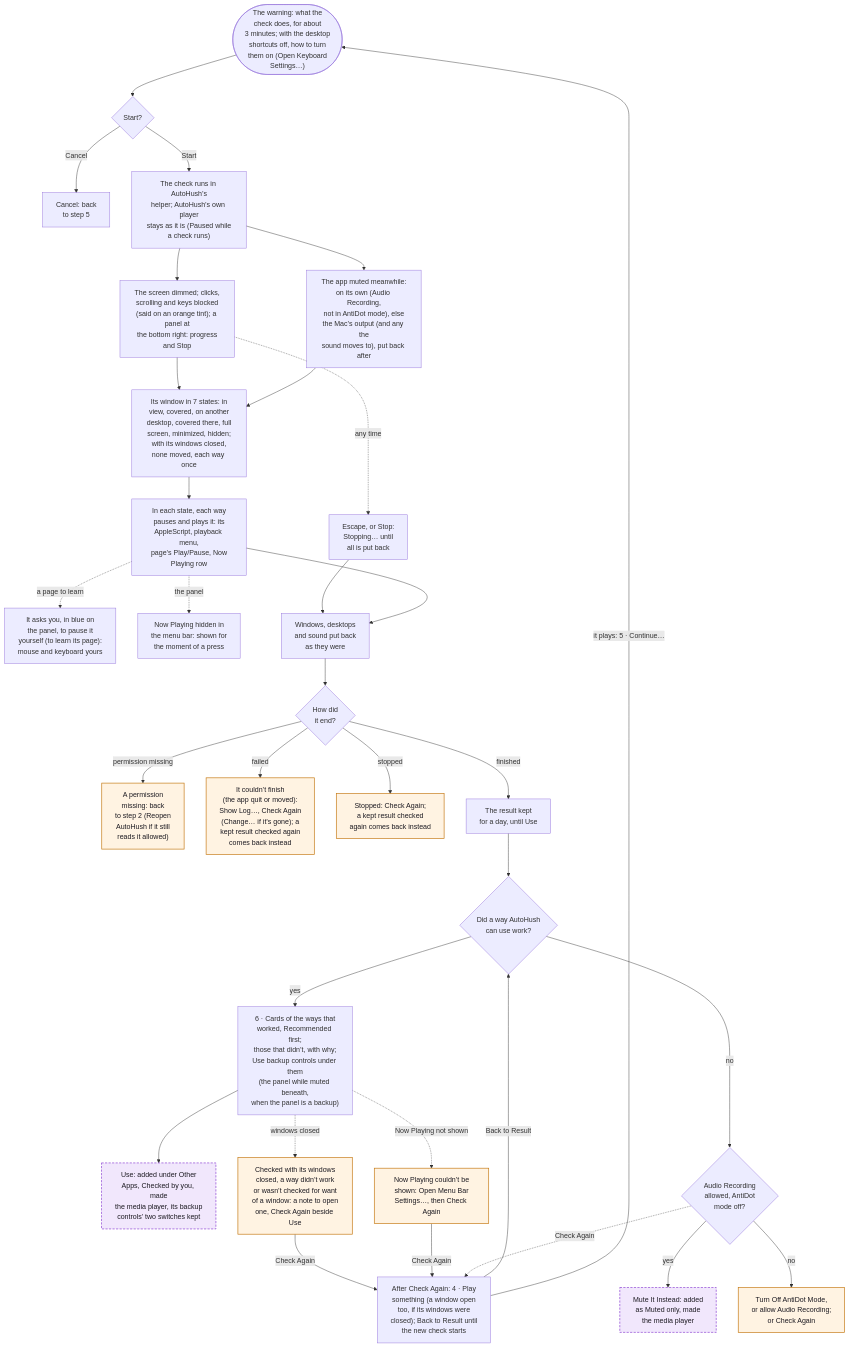
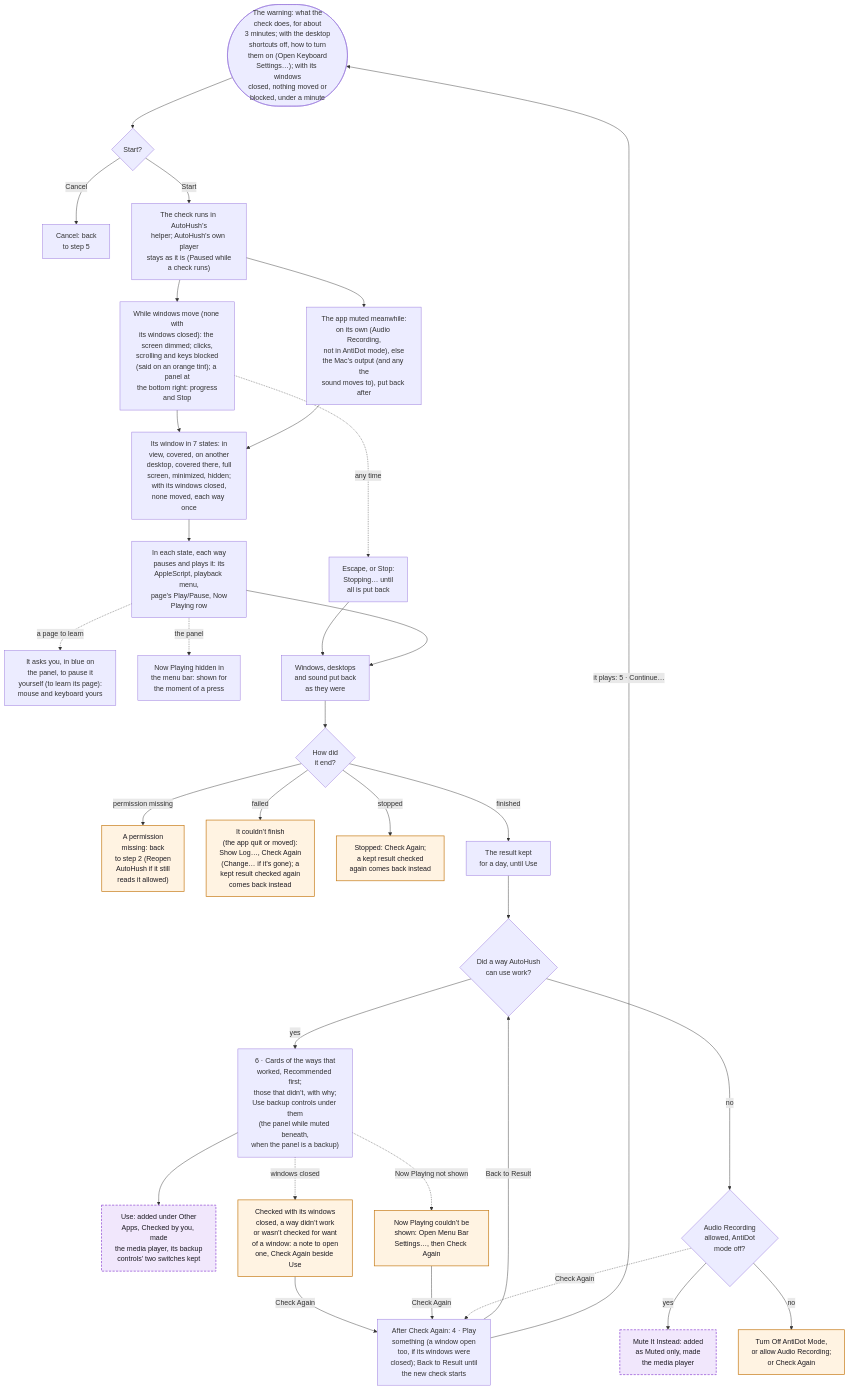
Before and after one commit to hfustercabre/AutoHush: the tenth of 14 diagrams in WORKFLOWS.md, drawn with Mermaid. The commit also changed other lines of this file and 46 other files, not shown here.

First line of the commit message:
fix: the 1.3.0 review's fixes: Check Again on your player, clearer cards and warnings, updates, keys

````diff
--- a/WORKFLOWS.md
+++ b/WORKFLOWS.md
@@ -556,64 +557,64 @@
 ```mermaid
 flowchart TD
-  WARN(["The warning: what the<br/>check does, for about<br/>3 minutes; with the desktop<br/>shortcuts off, how to turn<br/>them on (Open Keyboard<br/>Settings…)"])
+  WARN(["The warning: what the<br/>check does, for about<br/>3 minutes; with the desktop<br/>shortcuts off, how to turn<br/>them on (Open Keyboard<br/>Settings…); with its windows<br/>closed, nothing moved or<br/>blocked, under a minute"])
   GO{"Start?"}
   BACK["Cancel: back<br/>to step 5"]
   RUN["The check runs in AutoHush’s<br/>helper; AutoHush’s own player<br/>stays as it is (Paused while<br/>a check runs)"]
-  BLOCK["The screen dimmed; clicks,<br/>scrolling and keys blocked<br/>(said on an orange tint); a panel at<br/>the bottom right: progress<br/>and Stop"]
+  BLOCK["While windows move (none with<br/>its windows closed): the screen dimmed; clicks,<br/>scrolling and keys blocked<br/>(said on an orange tint); a panel at<br/>the bottom right: progress<br/>and Stop"]
   MUTE["The app muted meanwhile:<br/>on its own (Audio Recording,<br/>not in AntiDot mode), else<br/>the Mac’s output (and any the<br/>sound moves to), put back after"]
   STATES["Its window in 7 states: in<br/>view, covered, on another<br/>desktop, covered there, full<br/>screen, minimized, hidden;<br/>with its windows closed,<br/>none moved, each way once"]
   WAYS["In each state, each way<br/>pauses and plays it: its<br/>AppleScript, playback menu,<br/>page’s Play/Pause, Now<br/>Playing row"]
   ASK["It asks you, in blue on<br/>the panel, to pause it<br/>yourself (to learn its page):<br/>mouse and keyboard yours"]
   SHOW["Now Playing hidden in<br/>the menu bar: shown for<br/>the moment of a press"]
   STOP["Escape, or Stop:<br/>Stopping… until<br/>all is put back"]
   PUT["Windows, desktops<br/>and sound put back<br/>as they were"]
   HOW{"How did<br/>it end?"}
   PERM["A permission<br/>missing: back<br/>to step 2 (Reopen<br/>AutoHush if it still<br/>reads it allowed)"]
   FAIL["It couldn’t finish<br/>(the app quit or moved):<br/>Show Log…, Check Again<br/>(Change… if it’s gone); a<br/>kept result checked again<br/>comes back instead"]
   STOPPED["Stopped: Check Again;<br/>a kept result checked<br/>again comes back instead"]
   KEEP["The result kept<br/>for a day, until Use"]
   ANY{"Did a way AutoHush<br/>can use work?"}
   CARDS["6 · Cards of the ways that<br/>worked, Recommended first;<br/>those that didn’t, with why;<br/>Use backup controls under them<br/>(the panel while muted beneath,<br/>when the panel is a backup)"]
   USE["Use: added under Other<br/>Apps, Checked by you, made<br/>the media player, its backup<br/>controls’ two switches kept"]
   NPH["Now Playing couldn’t be<br/>shown: Open Menu Bar<br/>Settings…, then Check Again"]
   CLW["Checked with its windows<br/>closed, a way didn’t work<br/>or wasn’t checked for want<br/>of a window: a note to open<br/>one, Check Again beside Use"]
   AGN["After Check Again: 4 · Play<br/>something (a window open<br/>too, if its windows were<br/>closed); Back to Result until<br/>the new check starts"]
   MUT{"Audio Recording<br/>allowed, AntiDot<br/>mode off?"}
   MII["Mute It Instead: added<br/>as Muted only, made<br/>the media player"]
   ANTI["Turn Off AntiDot Mode,<br/>or allow Audio Recording;<br/>or Check Again"]
 
   WARN --> GO
   GO -->|"Cancel"| BACK
   GO -->|"Start"| RUN
   RUN --> BLOCK
   RUN --> MUTE
   BLOCK --> STATES
   MUTE --> STATES
   STATES --> WAYS
   WAYS -.->|"a page to learn"| ASK
   WAYS -.->|"the panel"| SHOW
   BLOCK -.->|"any time"| STOP
   STOP --> PUT
   WAYS --> PUT
   PUT --> HOW
   HOW -->|"finished"| KEEP --> ANY
   HOW -->|"permission missing"| PERM
   HOW -->|"failed"| FAIL
   HOW -->|"stopped"| STOPPED
   ANY -->|"yes"| CARDS --> USE
   CARDS -.->|"Now Playing not shown"| NPH
   CARDS -.->|"windows closed"| CLW
   CLW -->|"Check Again"| AGN
   NPH -->|"Check Again"| AGN
   MUT -.->|"Check Again"| AGN
   AGN -->|"Back to Result"| ANY
   AGN -->|"it plays: 5 · Continue…"| WARN
   ANY -->|"no"| MUT
   MUT -->|"yes"| MII
   MUT -->|"no"| ANTI
 
   class USE,MII ref
   class FAIL,STOPPED,PERM,NPH,CLW,ANTI warn
   classDef ref fill:#f1e7fc,stroke:#8a3fd1,stroke-width:1.5px,stroke-dasharray: 5 3,color:#1d1b22
   classDef warn fill:#fff3e2,stroke:#c47812,stroke-width:1.5px,color:#1d1b22
 ```
````
